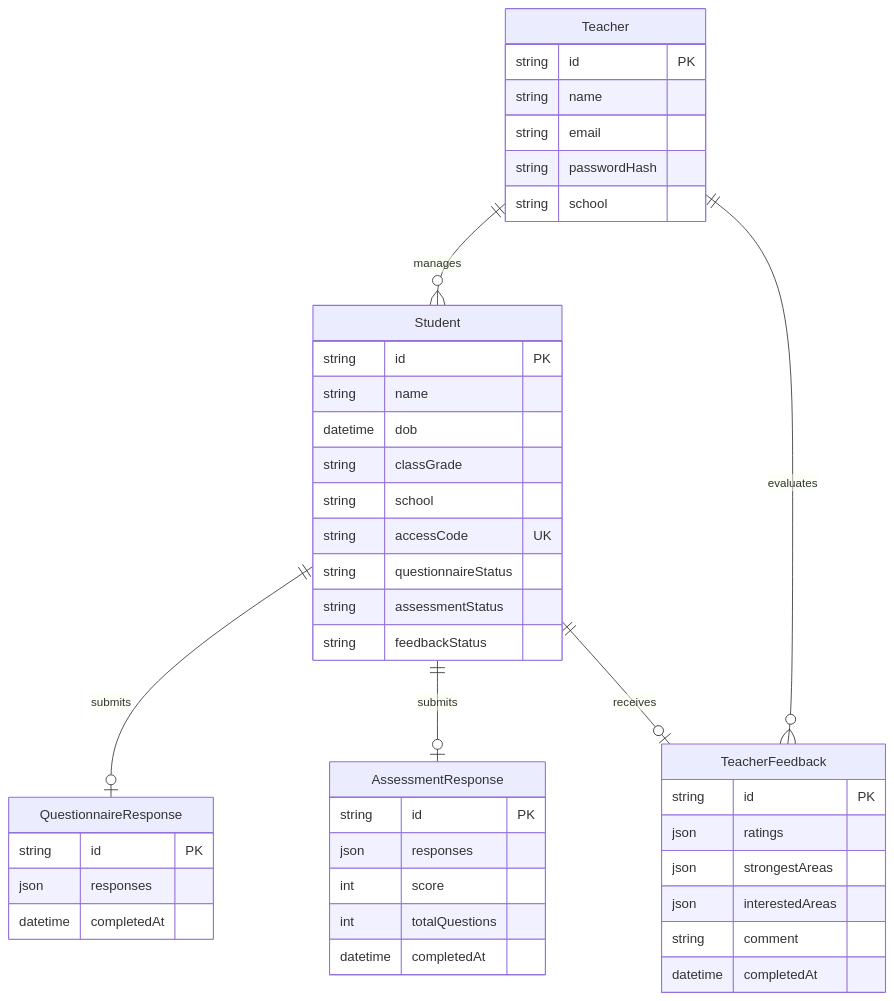
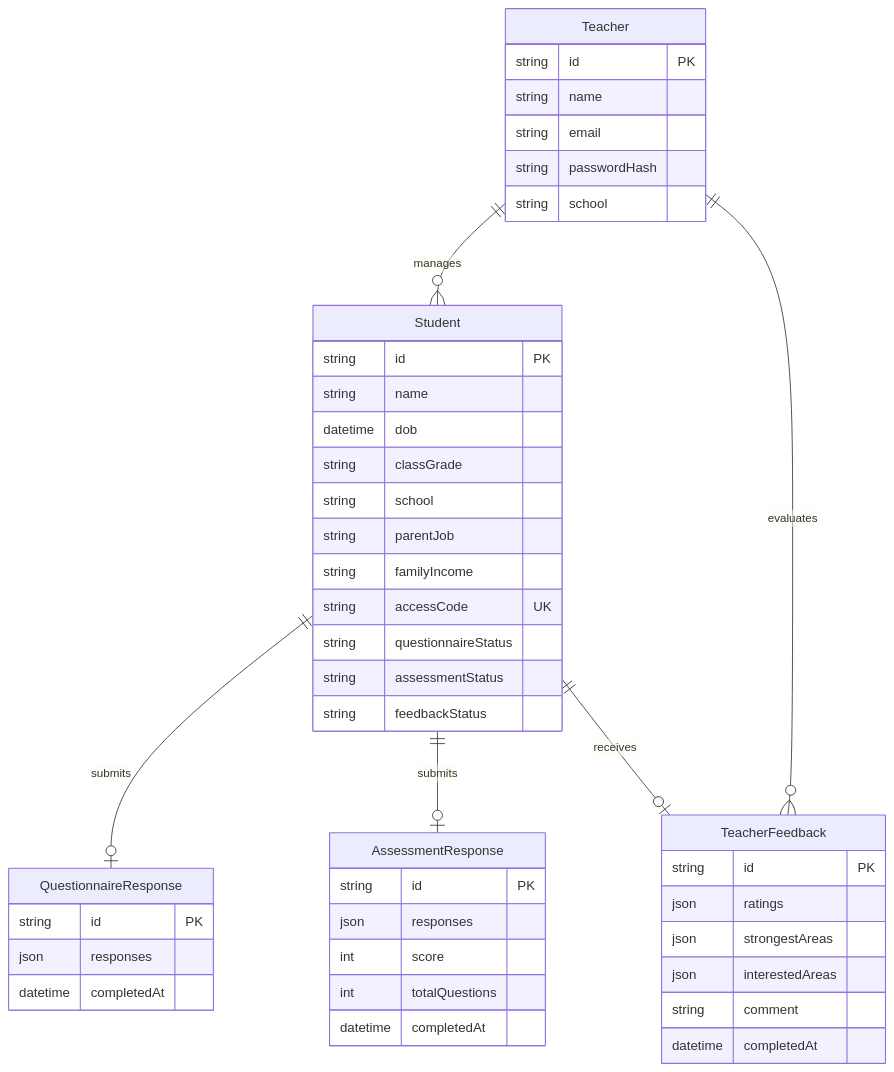
The diagram in README.md (gnshx/Counselling-Tutor), drawn with Mermaid before and after one commit. The commit also changed other lines of this file and 1 other file, not shown here.

````diff
--- a/README.md
+++ b/README.md
@@ -80,51 +71,53 @@
 ```mermaid
 erDiagram
     Teacher ||--o{ Student : "manages"
     Teacher ||--o{ TeacherFeedback : "evaluates"
     Student ||--o| QuestionnaireResponse : "submits"
     Student ||--o| AssessmentResponse : "submits"
     Student ||--o| TeacherFeedback : "receives"
 
     Teacher {
         string id PK
         string name
         string email
         string passwordHash
         string school
     }
 
     Student {
         string id PK
         string name
         datetime dob
         string classGrade
         string school
+        string parentJob
+        string familyIncome
         string accessCode UK
         string questionnaireStatus
         string assessmentStatus
         string feedbackStatus
     }
 
     QuestionnaireResponse {
         string id PK
         json responses
         datetime completedAt
     }
 
     AssessmentResponse {
         string id PK
         json responses
         int score
         int totalQuestions
         datetime completedAt
     }
 
     TeacherFeedback {
         string id PK
         json ratings
         json strongestAreas
         json interestedAreas
         string comment
         datetime completedAt
     }
 ```
````
